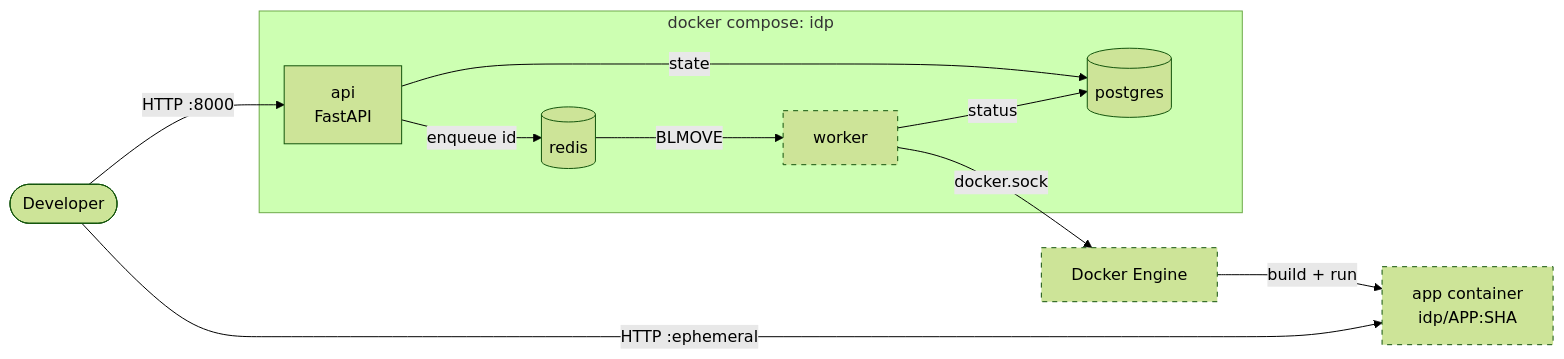
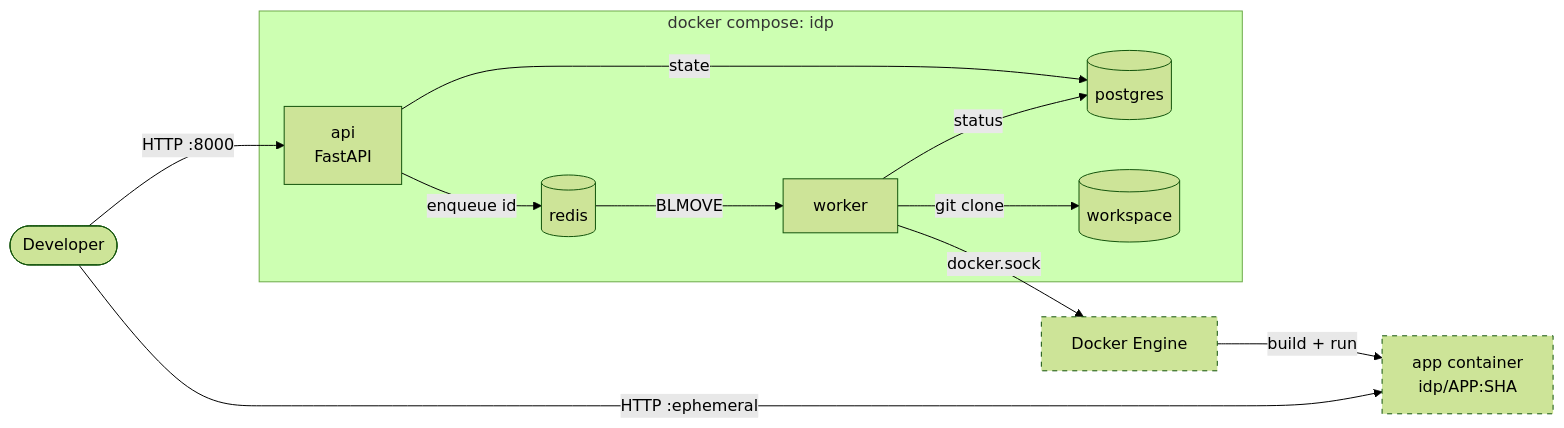
Before and after one commit to codrin-hash/devops-lab: the diagram in docs/architecture/overview.md, drawn with Mermaid (forest theme). The commit also changed other lines of this file and 10 other files, not shown here.

````diff
--- a/docs/architecture/overview.md
+++ b/docs/architecture/overview.md
@@ -11,26 +19,28 @@
 ```mermaid
 flowchart LR
     dev([Developer])
 
     subgraph compose["docker compose: idp"]
         api["api<br/>FastAPI"]
         pg[("postgres")]
         redis[("redis")]
         worker["worker"]
+        ws[("workspace")]
     end
 
     engine["Docker Engine"]
     app["app container<br/>idp/APP:SHA"]
 
     dev -->|"HTTP :8000"| api
     api -->|state| pg
     api -->|enqueue id| redis
     redis -->|BLMOVE| worker
     worker -->|status| pg
+    worker -->|git clone| ws
     worker -->|docker.sock| engine
     engine -->|build + run| app
     dev -->|"HTTP :ephemeral"| app
 
     classDef planned stroke-dasharray: 5 5
-    class worker,engine,app planned
+    class engine,app planned
 ```
````
